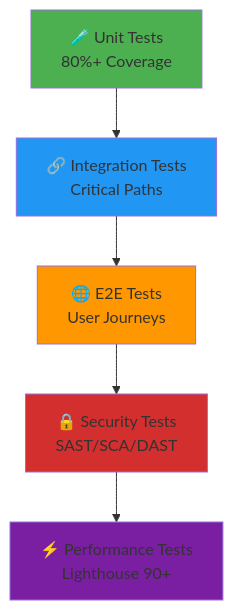
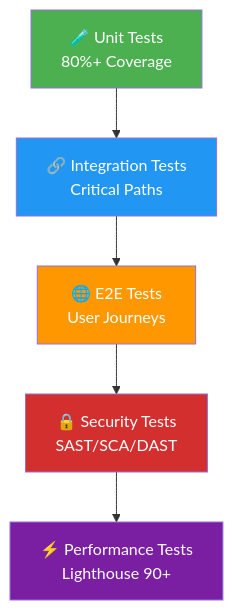
The second of 9 diagrams in ISMS_IMPLEMENTATION_GUIDE.md (Hack23/cia-compliance-manager), drawn with Mermaid before and after one commit. The commit also changed other lines of this file and 6 other files, not shown here.

````diff
--- a/ISMS_IMPLEMENTATION_GUIDE.md
+++ b/ISMS_IMPLEMENTATION_GUIDE.md
@@ -135,13 +135,13 @@
 ```mermaid
 graph TD
     A[🧪 Unit Tests<br/>80%+ Coverage] --> B[🔗 Integration Tests<br/>Critical Paths]
     B --> C[🌐 E2E Tests<br/>User Journeys]
     C --> D[🔒 Security Tests<br/>SAST/SCA/DAST]
     D --> E[⚡ Performance Tests<br/>Lighthouse 90+]
     
-    style A fill:#4CAF50
-    style B fill:#2196F3
-    style C fill:#FF9800
-    style D fill:#D32F2F
-    style E fill:#7B1FA2
+    style A fill:#4CAF50,color:#ffffff
+    style B fill:#2196F3,color:#ffffff
+    style C fill:#FF9800,color:#ffffff
+    style D fill:#D32F2F,color:#ffffff
+    style E fill:#7B1FA2,color:#ffffff
 ```
````
